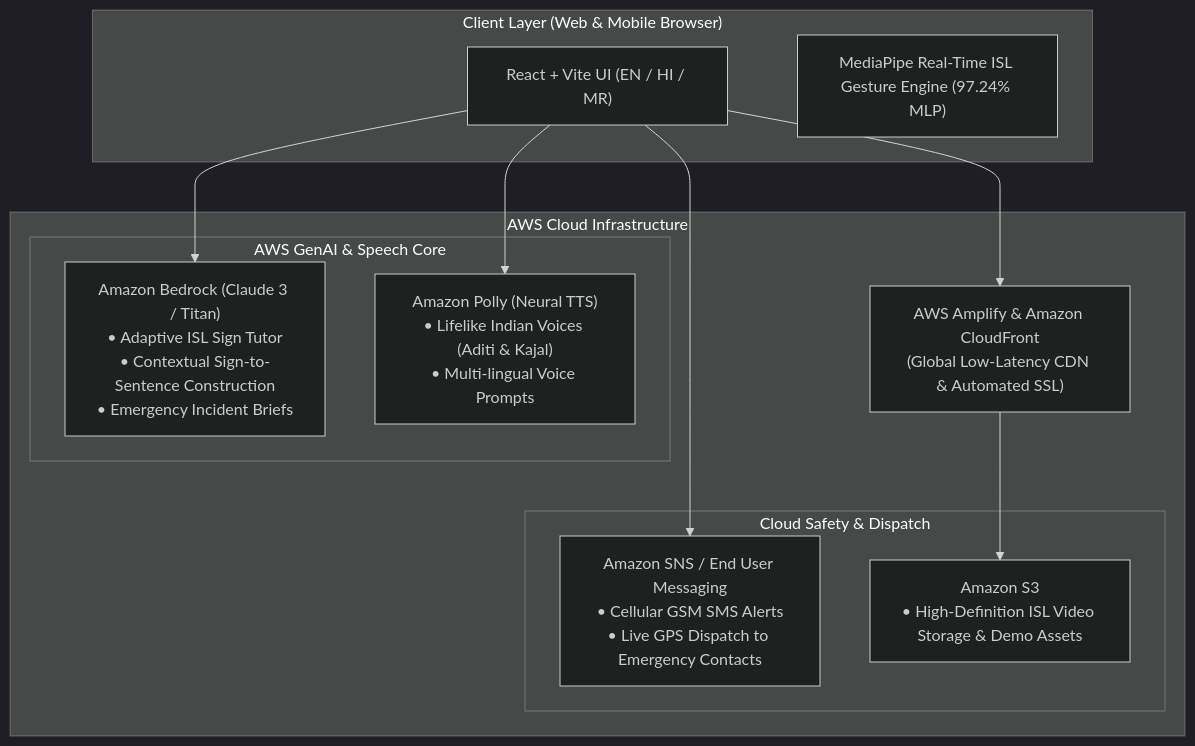
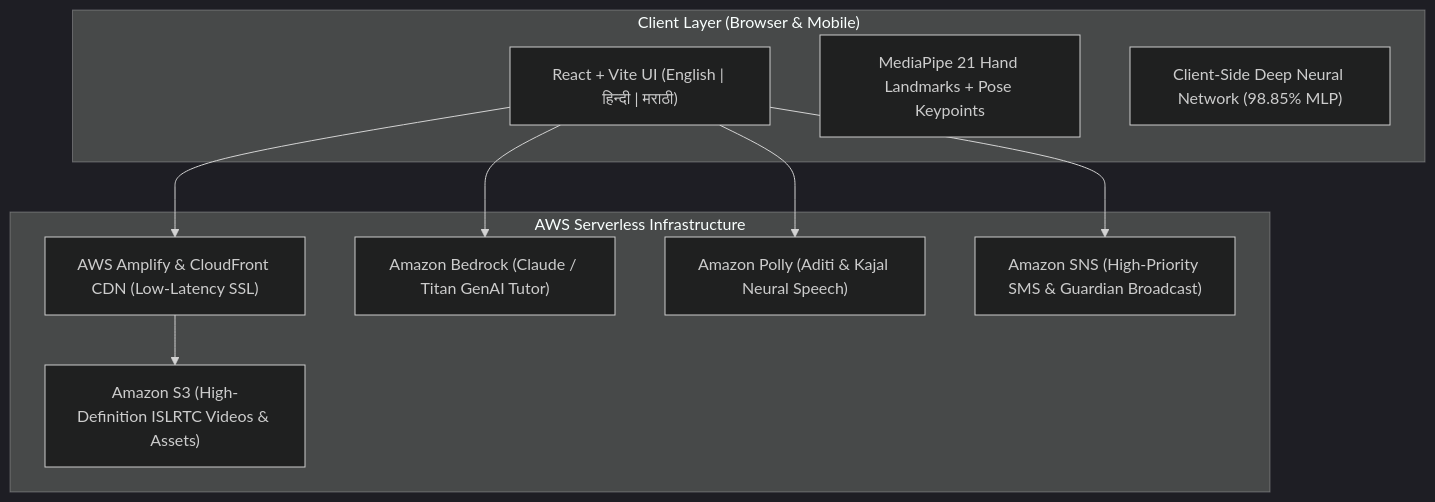
One commit to prajaktaukirde/sign-safe changed the diagram in README.md. Above: the diagram before and after it, drawn with Mermaid (dark theme). The commit also changed other lines of this file, not shown here.

Commit message:
Update README with 11 modules curriculum, sentence practice studio, and test arena documentation

````diff
--- a/README.md
+++ b/README.md
@@ -49,27 +89,22 @@
 ```mermaid
 flowchart TD
-    subgraph Client ["Client Layer (Web & Mobile Browser)"]
-        UI["React + Vite UI (EN / HI / MR)"]
-        CV["MediaPipe Real-Time ISL Gesture Engine (97.24% MLP)"]
+    subgraph Client ["Client Layer (Browser & Mobile)"]
+        UI["React + Vite UI (English | हिन्दी | मराठी)"]
+        CV["MediaPipe 21 Hand Landmarks + Pose Keypoints"]
+        MLP["Client-Side Deep Neural Network (98.85% MLP)"]
     end
 
-    subgraph AWS_Cloud ["AWS Cloud Infrastructure"]
-        Amplify["AWS Amplify & Amazon CloudFront\n(Global Low-Latency CDN & Automated SSL)"]
-        
-        subgraph AI_Speech ["AWS GenAI & Speech Core"]
-            Bedrock["Amazon Bedrock (Claude 3 / Titan)\n• Adaptive ISL Sign Tutor\n• Contextual Sign-to-Sentence Construction\n• Emergency Incident Briefs"]
-            Polly["Amazon Polly (Neural TTS)\n• Lifelike Indian Voices (Aditi & Kajal)\n• Multi-lingual Voice Prompts"]
-        end
-        
-        subgraph Cloud_Rescue ["Cloud Safety & Dispatch"]
-            SNS["Amazon SNS / End User Messaging\n• Cellular GSM SMS Alerts\n• Live GPS Dispatch to Emergency Contacts"]
-            S3["Amazon S3\n• High-Definition ISL Video Storage & Demo Assets"]
-        end
+    subgraph Cloud ["AWS Serverless Infrastructure"]
+        Amplify["AWS Amplify & CloudFront CDN (Low-Latency SSL)"]
+        Bedrock["Amazon Bedrock (Claude / Titan GenAI Tutor)"]
+        Polly["Amazon Polly (Aditi & Kajal Neural Speech)"]
+        SNS["Amazon SNS (High-Priority SMS & Guardian Broadcast)"]
+        S3["Amazon S3 (High-Definition ISLRTC Videos & Assets)"]
     end
 
     UI --> Amplify
     UI --> Bedrock
     UI --> Polly
     UI --> SNS
     Amplify --> S3
 ```
````
